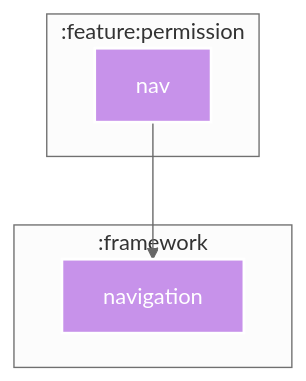
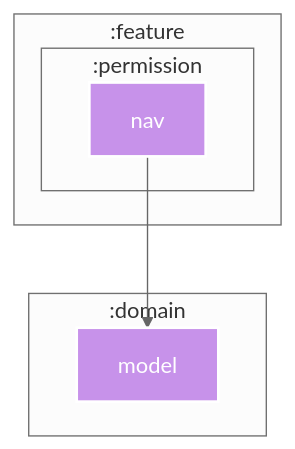
The diagram in feature/permission/nav/README.md (SorrowBlue/ComicViewer), drawn with Mermaid before and after one commit. The commit also changed 46 other files, not shown here.

Commit message:
feat: add permission feature to module dependency graph

````diff
--- a/feature/permission/nav/README.md
+++ b/feature/permission/nav/README.md
@@ -5,22 +5,24 @@
 ```mermaid
 %%{
   init: {
     'theme': 'neutral'
   }
 }%%
 
 graph TB
-  subgraph :feature:permission
-    :feature:permission:nav["nav"]
+  subgraph :feature
+    subgraph :permission
+      :feature:permission:nav["nav"]
+    end
   end
-  subgraph :framework
-    :framework:navigation["navigation"]
+  subgraph :domain
+    :domain:model["model"]
   end
 
-  :feature:permission:nav --> :framework:navigation
+  :feature:permission:nav --> :domain:model
 
 classDef kotlin-multiplatform fill:#C792EA,stroke:#fff,stroke-width:2px,color:#fff;
 class :feature:permission:nav kotlin-multiplatform
-class :framework:navigation kotlin-multiplatform
+class :domain:model kotlin-multiplatform
 
 ```
````
